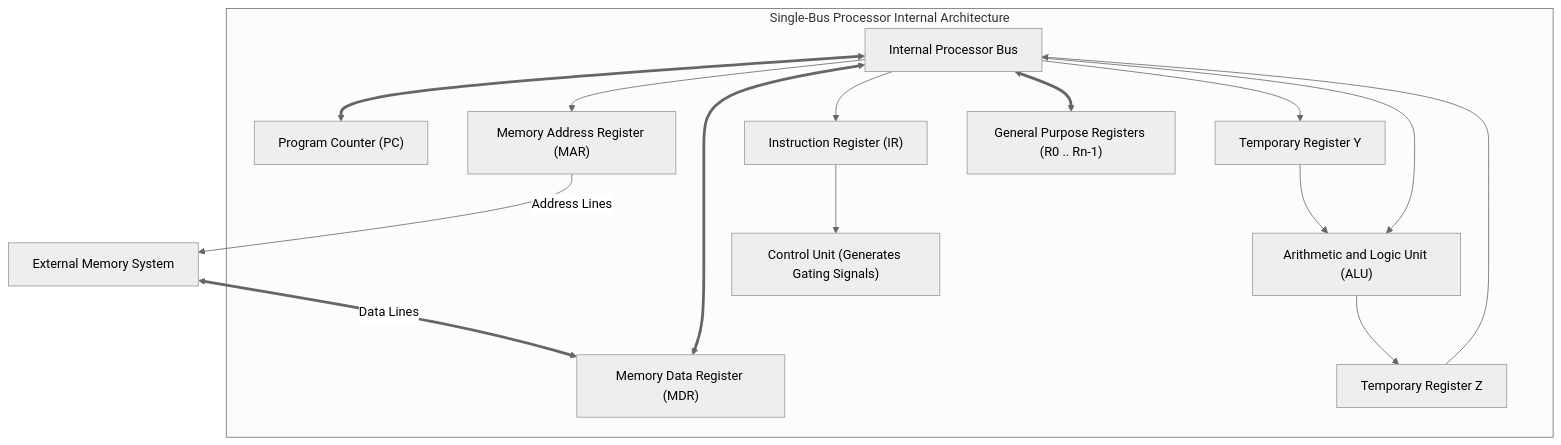
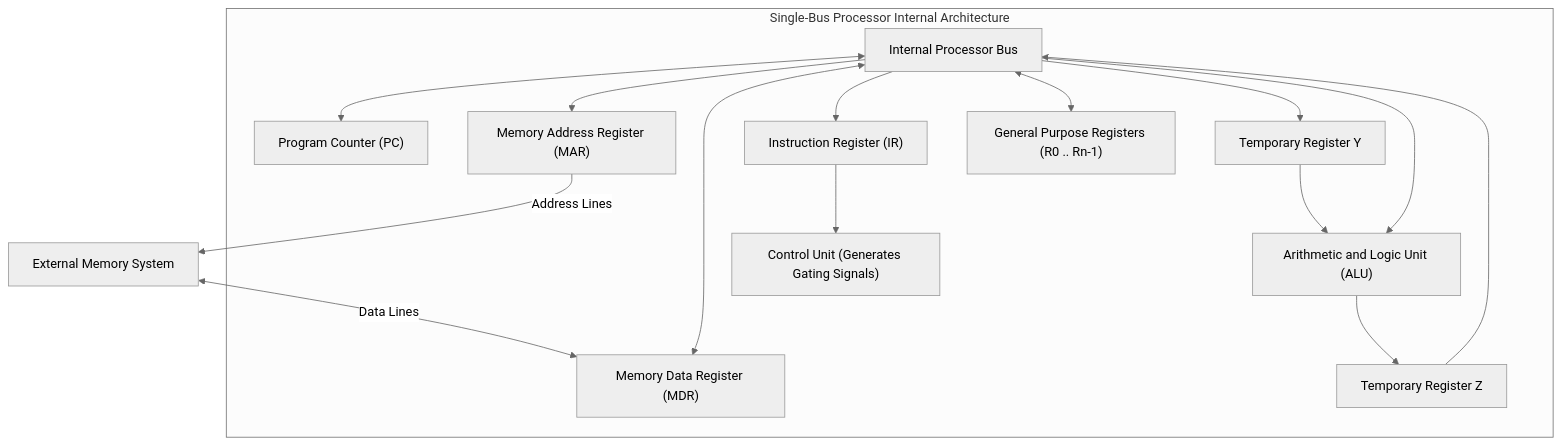
The first of 2 diagrams in DLCD/Unit 4/L06 - Fundamental Processing Concepts.md (YatishGowda09/Sem-3-CSE-Notes), drawn with Mermaid (neutral theme) before and after one commit. The commit also changed 70 other files, not shown here.

First line of the commit message:
Fix Mermaid diagram syntax for GitHub rendering compatibility

````diff
--- a/DLCD/Unit 4/L06 - Fundamental Processing Concepts.md
+++ b/DLCD/Unit 4/L06 - Fundamental Processing Concepts.md
@@ -17,33 +17,33 @@
 ```mermaid
 flowchart TD
     subgraph Single_Bus_CPU["Single-Bus Processor Internal Architecture"]
         BUS["Internal Processor Bus"]
 
         PC["Program Counter (PC)"]
         MAR["Memory Address Register (MAR)"]
         MDR["Memory Data Register (MDR)"]
         IR["Instruction Register (IR)"]
         GPR["General Purpose Registers (R0 .. Rn-1)"]
         TEMP_Y["Temporary Register Y"]
         TEMP_Z["Temporary Register Z"]
         ALU["Arithmetic and Logic Unit (ALU)"]
         CU["Control Unit (Generates Gating Signals)"]
 
-        BUS <==> PC
+        BUS <--> PC
         BUS --> MAR
-        BUS <==> MDR
+        BUS <--> MDR
         BUS --> IR
-        BUS <==> GPR
+        BUS <--> GPR
         BUS --> TEMP_Y
         TEMP_Z --> BUS
 
         TEMP_Y --> ALU
         BUS --> ALU
         ALU --> TEMP_Z
 
         IR --> CU
     end
 
     MAR -- "Address Lines" --> EXT_MEM["External Memory System"]
-    EXT_MEM <== "Data Lines" ==> MDR
+    EXT_MEM <-->|"Data Lines"| MDR
 ```
````
